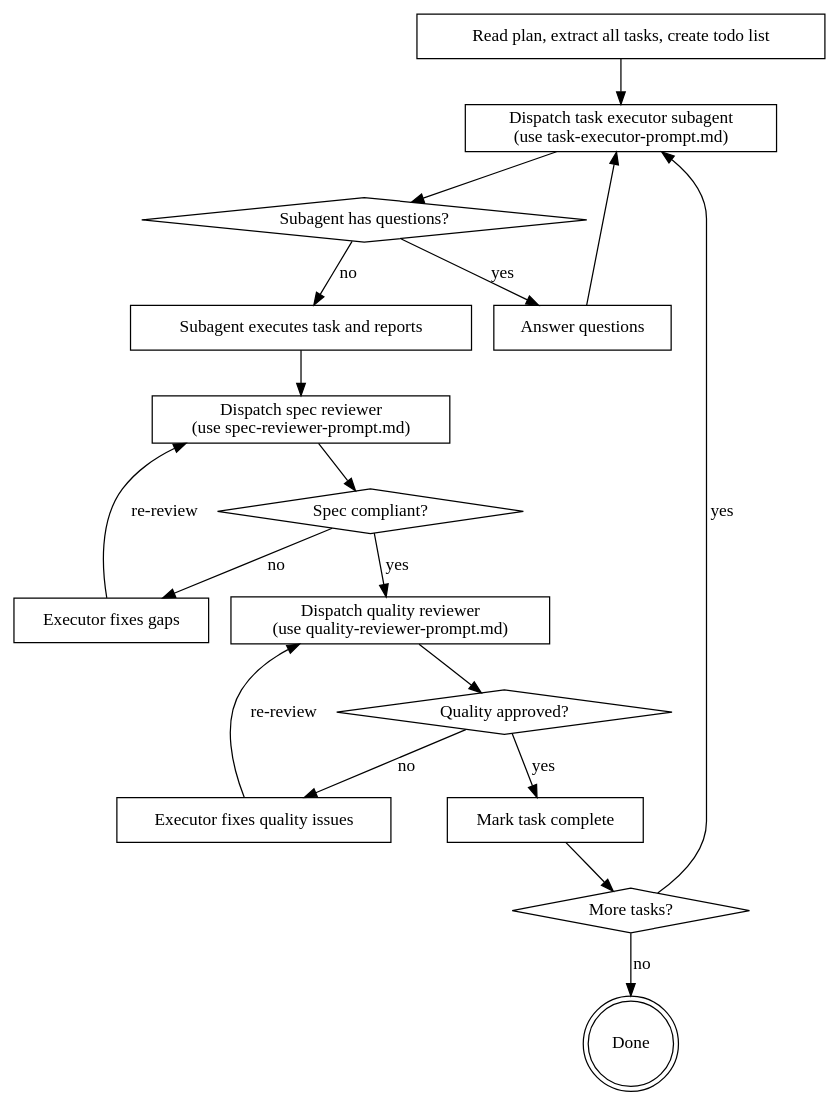
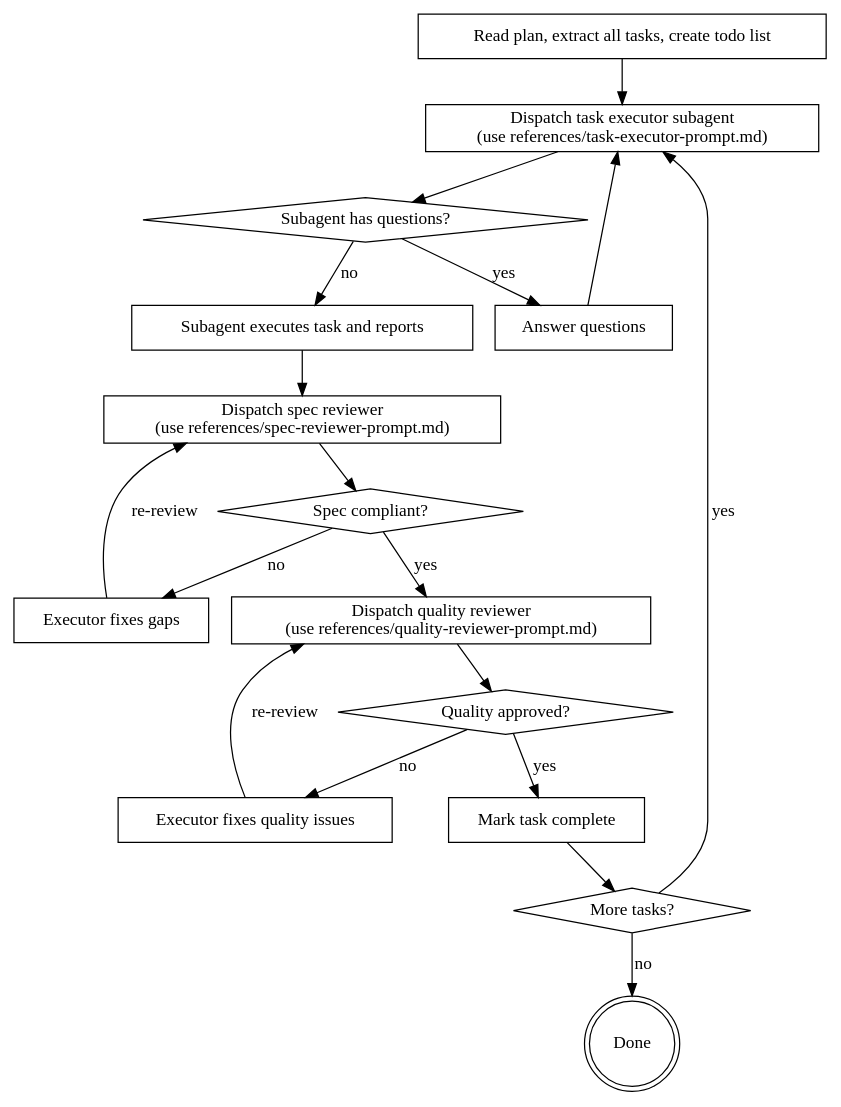
The diagram in skills/subagent-driven-execution/SKILL.md (ciprian-sosai/sosai-superpowers), drawn with Graphviz before and after one commit. The commit also changed other lines of this file and 17 other files, not shown here.

````diff
--- a/skills/subagent-driven-execution/SKILL.md
+++ b/skills/subagent-driven-execution/SKILL.md
@@ -16,37 +16,37 @@
 ```dot
 digraph process {
     rankdir=TB;
     "Read plan, extract all tasks, create todo list" [shape=box];
-    "Dispatch task executor subagent\n(use task-executor-prompt.md)" [shape=box];
+    "Dispatch task executor subagent\n(use references/task-executor-prompt.md)" [shape=box];
     "Subagent has questions?" [shape=diamond];
     "Answer questions" [shape=box];
     "Subagent executes task and reports" [shape=box];
-    "Dispatch spec reviewer\n(use spec-reviewer-prompt.md)" [shape=box];
+    "Dispatch spec reviewer\n(use references/spec-reviewer-prompt.md)" [shape=box];
     "Spec compliant?" [shape=diamond];
     "Executor fixes gaps" [shape=box];
-    "Dispatch quality reviewer\n(use quality-reviewer-prompt.md)" [shape=box];
+    "Dispatch quality reviewer\n(use references/quality-reviewer-prompt.md)" [shape=box];
     "Quality approved?" [shape=diamond];
     "Executor fixes quality issues" [shape=box];
     "Mark task complete" [shape=box];
     "More tasks?" [shape=diamond];
     "Done" [shape=doublecircle];
 
-    "Read plan, extract all tasks, create todo list" -> "Dispatch task executor subagent\n(use task-executor-prompt.md)";
-    "Dispatch task executor subagent\n(use task-executor-prompt.md)" -> "Subagent has questions?";
+    "Read plan, extract all tasks, create todo list" -> "Dispatch task executor subagent\n(use references/task-executor-prompt.md)";
+    "Dispatch task executor subagent\n(use references/task-executor-prompt.md)" -> "Subagent has questions?";
     "Subagent has questions?" -> "Answer questions" [label="yes"];
-    "Answer questions" -> "Dispatch task executor subagent\n(use task-executor-prompt.md)";
+    "Answer questions" -> "Dispatch task executor subagent\n(use references/task-executor-prompt.md)";
     "Subagent has questions?" -> "Subagent executes task and reports" [label="no"];
-    "Subagent executes task and reports" -> "Dispatch spec reviewer\n(use spec-reviewer-prompt.md)";
-    "Dispatch spec reviewer\n(use spec-reviewer-prompt.md)" -> "Spec compliant?" ;
+    "Subagent executes task and reports" -> "Dispatch spec reviewer\n(use references/spec-reviewer-prompt.md)";
+    "Dispatch spec reviewer\n(use references/spec-reviewer-prompt.md)" -> "Spec compliant?" ;
     "Spec compliant?" -> "Executor fixes gaps" [label="no"];
-    "Executor fixes gaps" -> "Dispatch spec reviewer\n(use spec-reviewer-prompt.md)" [label="re-review"];
-    "Spec compliant?" -> "Dispatch quality reviewer\n(use quality-reviewer-prompt.md)" [label="yes"];
-    "Dispatch quality reviewer\n(use quality-reviewer-prompt.md)" -> "Quality approved?";
+    "Executor fixes gaps" -> "Dispatch spec reviewer\n(use references/spec-reviewer-prompt.md)" [label="re-review"];
+    "Spec compliant?" -> "Dispatch quality reviewer\n(use references/quality-reviewer-prompt.md)" [label="yes"];
+    "Dispatch quality reviewer\n(use references/quality-reviewer-prompt.md)" -> "Quality approved?";
     "Quality approved?" -> "Executor fixes quality issues" [label="no"];
-    "Executor fixes quality issues" -> "Dispatch quality reviewer\n(use quality-reviewer-prompt.md)" [label="re-review"];
+    "Executor fixes quality issues" -> "Dispatch quality reviewer\n(use references/quality-reviewer-prompt.md)" [label="re-review"];
     "Quality approved?" -> "Mark task complete" [label="yes"];
     "Mark task complete" -> "More tasks?";
-    "More tasks?" -> "Dispatch task executor subagent\n(use task-executor-prompt.md)" [label="yes"];
+    "More tasks?" -> "Dispatch task executor subagent\n(use references/task-executor-prompt.md)" [label="yes"];
     "More tasks?" -> "Done" [label="no"];
 }
 ```
````
